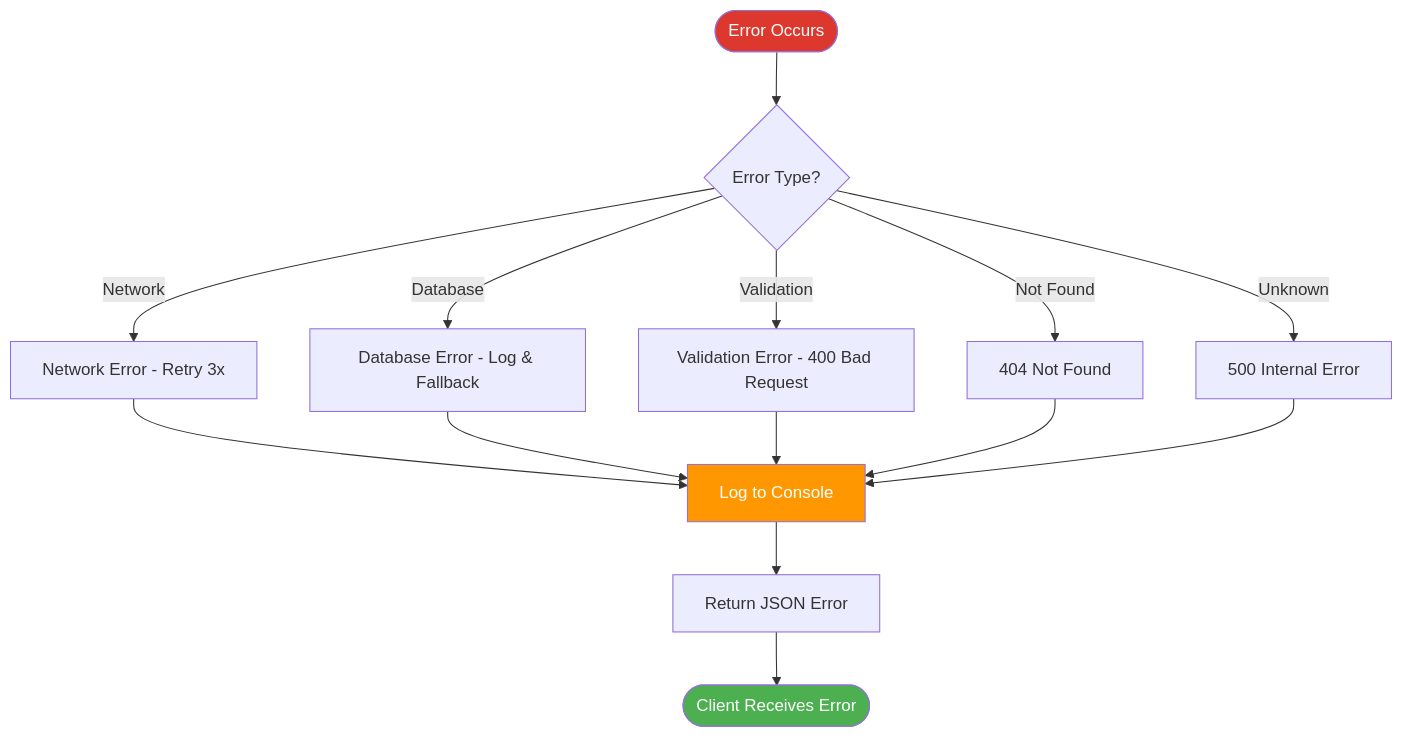
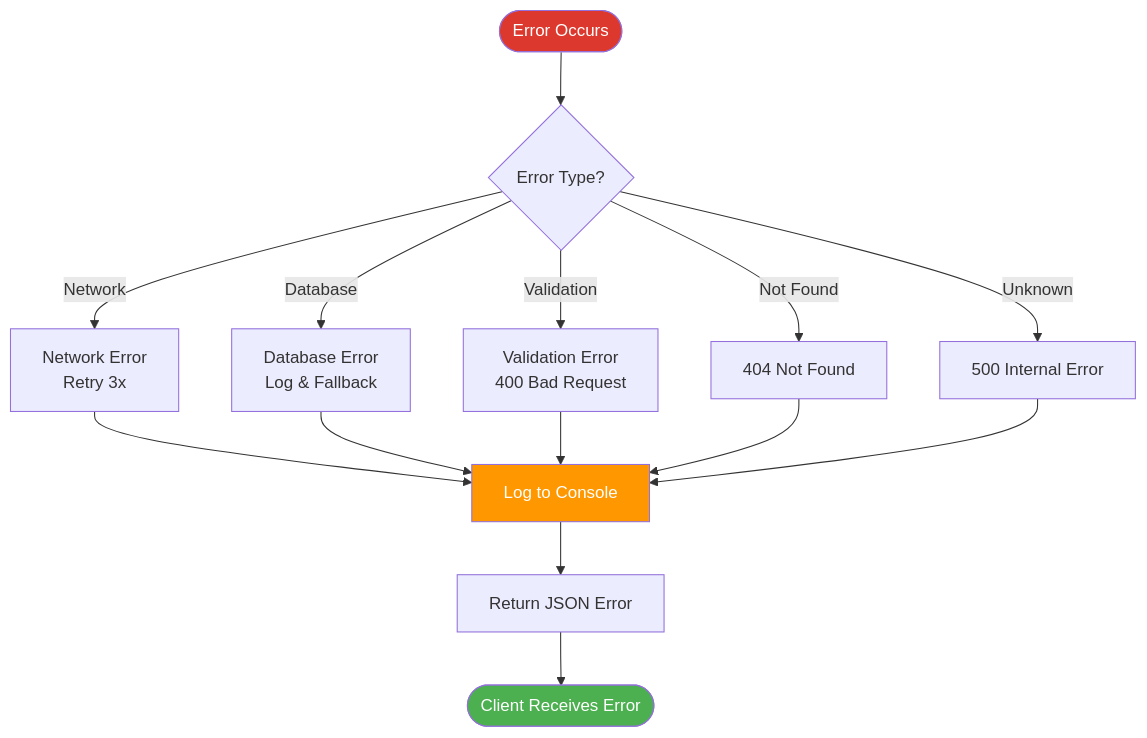
One commit to tfranczyk/d365fo-mcp-server changed diagram 17 of 20 in docs/ARCHITECTURE.md. Above: the diagram before and after it, drawn with Mermaid. The commit also changed other lines of this file, not shown here.

Commit message:
architecture.md diagram fix

````diff
--- a/docs/ARCHITECTURE.md
+++ b/docs/ARCHITECTURE.md
@@ -928,23 +928,23 @@
 ```mermaid
 graph TD
     ERR([Error Occurs]) --> TYPE{Error Type?}
     
-    TYPE -->|Network| NET[Network Error - Retry 3x]
-    TYPE -->|Database| DB[Database Error - Log & Fallback]
-    TYPE -->|Validation| VAL[Validation Error - 400 Bad Request]
+    TYPE -->|Network| NET[Network Error\n Retry 3x]
+    TYPE -->|Database| DB[Database Error\n Log & Fallback]
+    TYPE -->|Validation| VAL[Validation Error\n 400 Bad Request]
     TYPE -->|Not Found| NF[404 Not Found]
     TYPE -->|Unknown| UNK[500 Internal Error]
     
     NET --> LOG[Log to Console]
     DB --> LOG
     VAL --> LOG
     NF --> LOG
     UNK --> LOG
     
     LOG --> RESP[Return JSON Error]
     RESP --> CLIENT([Client Receives Error])
     
     style ERR fill:#DC382D,color:#fff
     style LOG fill:#FF9800,color:#fff
     style CLIENT fill:#4CAF50,color:#fff
 ```
````
